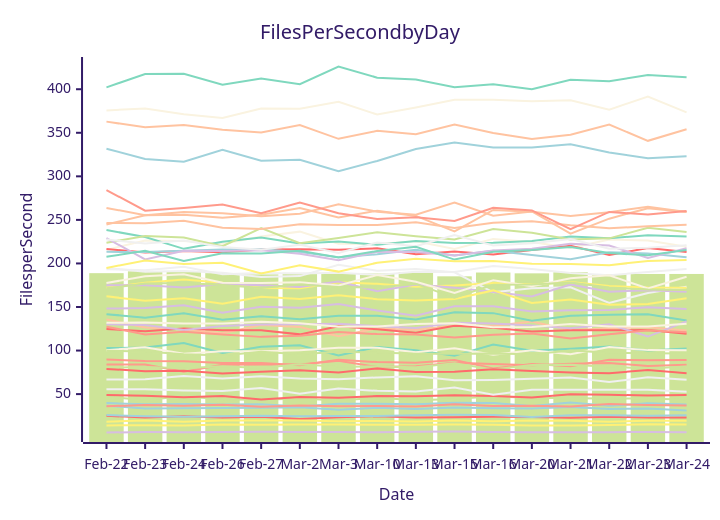
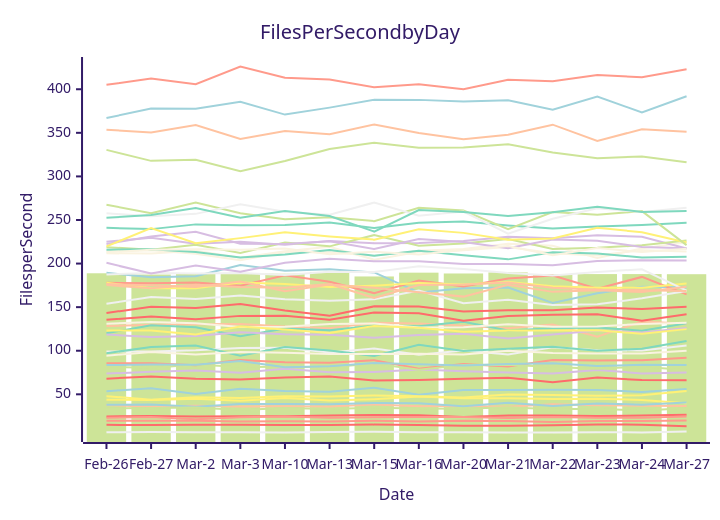
The diagram in perf-report.md (streetsidesoftware/cspell), drawn with Mermaid (forest theme) before and after one commit. The commit also changed other lines of this file and 2 other files, not shown here.

````diff
--- a/perf-report.md
+++ b/perf-report.md
@@ -11,57 +11,57 @@
 ```mermaid
 xychart-beta
     title Files Per Second by Day
     y-axis Files per Second
-    x-axis Date [Feb-22, Feb-23, Feb-24, Feb-26, Feb-27, Mar-2, Mar-3, Mar-10, Mar-13, Mar-15, Mar-16, Mar-20, Mar-21, Mar-22, Mar-23, Mar-24]
-    bar [188.84, 190.95, 190.14, 188.86, 187.47, 189.15, 187.99, 188.38, 189.98, 185.21, 189.57, 188.63, 189.87, 187.45, 187.93, 187.93]
-    line [25.16, 23.04, 24.66, 23.19, 24.07, 21.50, 23.56, 24.56, 23.16, 23.57, 24.07, 23.83, 22.72, 24.07, 23.01, 23.19]
-    line [39.75, 38.29, 38.55, 38.02, 38.35, 35.65, 38.90, 38.99, 38.46, 40.13, 39.77, 36.42, 40.38, 36.50, 39.38, 38.08]
-    line [5.92, 6.38, 6.30, 6.44, 6.78, 6.62, 6.55, 6.32, 6.79, 7.12, 6.59, 6.35, 6.19, 6.26, 6.60, 6.25]
-    line [66.82, 66.94, 70.88, 67.89, 70.56, 67.78, 66.98, 69.18, 70.51, 65.83, 66.30, 67.73, 68.98, 63.91, 69.35, 66.34]
-    line [135.57, 126.55, 124.20, 119.96, 129.35, 126.96, 116.50, 125.61, 123.50, 128.64, 128.22, 133.34, 123.28, 125.66, 126.65, 122.93]
-    line [102.79, 103.56, 108.60, 97.11, 104.32, 106.04, 94.30, 104.19, 100.36, 94.07, 106.95, 99.82, 102.15, 104.63, 100.11, 102.26]
-    line [84.08, 83.91, 75.76, 83.59, 84.08, 83.89, 88.30, 81.02, 82.11, 85.90, 84.63, 82.99, 84.87, 85.57, 82.40, 83.84]
-    line [215.58, 226.36, 225.70, 222.46, 230.96, 236.51, 222.64, 222.38, 225.56, 216.60, 228.18, 224.68, 217.69, 227.52, 226.28, 219.14]
-    line [18.38, 19.68, 18.34, 19.60, 19.60, 19.63, 18.78, 19.22, 18.67, 19.78, 18.71, 19.79, 19.47, 18.35, 19.30, 19.37]
-    line [46.89, 43.13, 47.48, 43.86, 43.58, 44.95, 42.68, 45.79, 43.00, 44.30, 47.55, 45.42, 45.55, 44.76, 44.94, 43.55]
-    line [124.67, 122.06, 125.40, 123.31, 123.27, 118.58, 127.90, 124.38, 120.45, 128.40, 126.26, 121.85, 123.29, 123.31, 123.57, 119.37]
-    line [331.76, 320.00, 316.72, 330.45, 317.84, 319.02, 305.87, 317.67, 331.44, 338.69, 332.97, 333.24, 336.87, 327.34, 320.84, 322.94]
-    line [148.15, 148.90, 152.11, 143.30, 150.41, 149.07, 153.47, 146.06, 140.05, 150.95, 150.81, 144.94, 146.39, 146.52, 149.65, 147.78]
-    line [194.82, 190.50, 191.36, 189.34, 184.31, 185.47, 198.42, 191.68, 193.62, 189.84, 166.89, 171.60, 172.56, 154.71, 166.00, 173.35]
-    line [244.70, 255.35, 256.03, 252.54, 255.82, 263.63, 252.65, 260.43, 254.55, 236.73, 261.47, 259.22, 254.59, 258.80, 265.17, 259.19]
-    line [141.79, 137.76, 142.75, 135.42, 139.26, 136.06, 139.99, 140.01, 135.63, 143.93, 142.95, 134.36, 139.82, 141.15, 141.79, 134.53]
-    line [89.64, 87.93, 87.72, 85.68, 85.69, 83.26, 89.40, 86.73, 86.09, 89.20, 79.46, 84.64, 82.02, 89.37, 88.80, 89.20]
-    line [375.70, 377.89, 371.33, 366.95, 377.92, 377.66, 385.69, 370.91, 378.91, 387.90, 387.80, 386.06, 387.41, 376.59, 391.51, 373.44]
-    line [14.08, 14.28, 13.96, 14.98, 14.69, 15.09, 15.05, 14.93, 14.92, 15.23, 14.84, 14.06, 13.99, 14.45, 15.39, 15.15]
-    line [80.37, 81.15, 79.72, 81.93, 80.10, 84.29, 81.35, 81.66, 80.93, 85.41, 78.19, 83.51, 83.81, 81.43, 79.47, 81.70]
-    line [49.05, 48.06, 46.41, 47.91, 43.77, 46.60, 45.68, 47.70, 47.47, 48.64, 47.90, 46.22, 49.72, 49.15, 48.47, 48.92]
-    line [36.75, 33.50, 33.75, 33.98, 34.43, 34.99, 32.10, 34.36, 33.03, 34.53, 33.80, 33.49, 35.23, 32.80, 33.41, 31.17]
-    line [130.26, 129.44, 123.58, 128.31, 129.87, 130.27, 130.71, 127.81, 125.76, 132.01, 131.14, 128.67, 125.67, 130.11, 116.06, 133.46]
-    line [55.45, 55.44, 54.09, 53.55, 56.91, 50.34, 56.33, 53.77, 52.96, 57.64, 49.40, 55.01, 55.07, 55.14, 54.97, 52.69]
-    line [263.71, 255.40, 259.16, 257.65, 254.22, 257.02, 267.92, 259.39, 256.02, 269.97, 254.79, 259.65, 234.19, 251.38, 263.45, 259.03]
-    line [238.32, 230.44, 216.76, 225.02, 229.69, 222.82, 225.14, 221.56, 225.82, 223.33, 223.62, 225.78, 230.86, 229.00, 232.44, 230.81]
-    line [127.43, 118.55, 121.57, 118.53, 115.70, 116.93, 121.24, 118.95, 118.40, 114.99, 118.14, 119.47, 113.95, 118.70, 123.16, 121.00]
-    line [100.38, 103.85, 96.33, 99.09, 99.19, 100.48, 103.18, 103.33, 98.05, 102.55, 95.32, 100.34, 95.68, 103.94, 100.49, 100.37]
-    line [171.99, 177.77, 181.65, 177.93, 171.71, 171.61, 178.31, 176.56, 173.19, 174.63, 177.66, 175.92, 178.79, 174.01, 172.30, 172.16]
-    line [223.87, 231.37, 229.84, 219.75, 240.64, 223.28, 229.19, 235.85, 231.18, 227.46, 239.47, 235.22, 227.41, 228.79, 241.01, 235.98]
-    line [216.61, 212.54, 214.33, 212.86, 215.99, 216.40, 215.81, 217.40, 210.64, 213.63, 210.38, 215.44, 220.20, 209.66, 217.73, 213.19]
-    line [213.31, 213.15, 214.61, 215.98, 216.39, 213.20, 207.00, 210.46, 215.67, 209.05, 214.60, 209.59, 204.82, 212.94, 211.50, 207.03]
-    line [175.03, 175.02, 172.48, 176.50, 175.06, 173.05, 179.29, 168.17, 175.84, 172.23, 167.20, 162.09, 175.73, 167.53, 169.26, 167.37]
-    line [193.32, 192.22, 196.28, 187.50, 189.10, 188.54, 189.19, 186.81, 190.52, 190.26, 197.02, 193.75, 189.15, 186.42, 190.28, 193.49]
-    line [246.48, 246.10, 248.98, 240.98, 239.52, 244.96, 243.99, 244.22, 247.23, 240.74, 246.80, 248.37, 243.77, 240.29, 242.61, 244.28]
-    line [402.15, 417.55, 417.69, 405.05, 412.32, 405.86, 426.09, 413.29, 411.20, 402.18, 405.65, 399.88, 410.92, 409.10, 416.42, 413.72]
-    line [36.10, 37.37, 36.52, 37.66, 35.60, 37.02, 36.08, 36.38, 35.91, 38.37, 36.25, 36.61, 35.87, 38.67, 37.37, 36.99]
-    line [177.56, 185.31, 187.50, 177.93, 177.54, 178.41, 174.58, 186.65, 179.06, 166.05, 180.55, 173.75, 182.92, 186.30, 171.18, 184.68]
-    line [162.30, 157.06, 159.96, 153.79, 161.66, 159.28, 163.36, 159.01, 157.48, 159.10, 169.05, 154.54, 158.47, 152.54, 153.40, 160.13]
-    line [99.76, 98.90, 95.69, 94.30, 98.50, 95.82, 98.55, 97.82, 96.22, 96.21, 96.60, 95.61, 100.00, 97.34, 96.90, 96.73]
-    line [78.95, 76.37, 76.80, 73.75, 75.77, 77.40, 74.68, 79.36, 75.39, 75.58, 78.40, 76.58, 74.92, 73.83, 77.77, 74.02]
-    line [25.87, 24.49, 24.03, 24.62, 25.06, 24.45, 24.76, 24.74, 25.60, 26.18, 25.98, 23.83, 25.61, 25.64, 25.22, 25.67]
-    line [229.20, 204.56, 214.62, 214.22, 215.21, 211.23, 203.79, 213.30, 213.00, 209.05, 214.75, 216.78, 222.67, 220.47, 206.28, 217.42]
-    line [227.37, 223.02, 226.36, 218.81, 215.75, 221.50, 212.02, 224.11, 219.75, 232.68, 220.52, 223.12, 228.15, 216.79, 218.07, 220.91]
-    line [362.80, 356.26, 358.85, 353.61, 350.32, 358.90, 343.06, 352.21, 348.39, 359.59, 349.81, 342.75, 347.71, 359.34, 340.76, 354.09]
-    line [207.58, 214.51, 202.85, 211.79, 211.44, 214.66, 206.78, 214.22, 219.20, 204.44, 213.42, 215.32, 218.95, 211.96, 209.30, 215.41]
-    line [284.25, 260.54, 263.62, 267.57, 257.62, 270.01, 257.62, 250.97, 253.10, 248.68, 263.99, 260.91, 239.46, 259.16, 256.10, 260.18]
-    line [131.83, 132.27, 131.01, 131.00, 133.00, 131.45, 127.22, 127.60, 130.54, 131.20, 126.76, 126.98, 130.36, 127.52, 127.75, 130.81]
-    line [194.87, 203.28, 199.45, 200.84, 188.59, 197.81, 190.62, 200.86, 205.50, 202.63, 202.69, 199.56, 199.40, 197.96, 202.91, 203.92]
-    line [171.39, 176.96, 177.51, 175.27, 171.69, 175.82, 173.02, 172.27, 176.52, 160.55, 175.49, 175.91, 178.24, 172.29, 170.07, 169.37]
+    x-axis Date [Feb-26, Feb-27, Mar-2, Mar-3, Mar-10, Mar-13, Mar-15, Mar-16, Mar-20, Mar-21, Mar-22, Mar-23, Mar-24, Mar-27]
+    bar [188.86, 187.47, 189.15, 187.99, 188.38, 189.98, 185.21, 189.57, 188.63, 189.87, 187.45, 187.93, 187.93, 187.79]
+    line [14.98, 14.69, 15.09, 15.05, 14.93, 14.92, 15.23, 14.84, 14.06, 13.99, 14.45, 15.39, 15.15, 13.22]
+    line [366.95, 377.92, 377.66, 385.69, 370.91, 378.91, 387.90, 387.80, 386.06, 387.41, 376.59, 391.51, 373.44, 391.90]
+    line [73.75, 75.77, 77.40, 74.68, 79.36, 75.39, 75.58, 78.40, 76.58, 74.92, 73.83, 77.77, 74.02, 75.15]
+    line [99.09, 99.19, 100.48, 103.18, 103.33, 98.05, 102.55, 95.32, 100.34, 95.68, 103.94, 100.49, 100.37, 106.00]
+    line [128.31, 129.87, 130.27, 130.71, 127.81, 125.76, 132.01, 131.14, 128.67, 125.67, 130.11, 116.06, 133.46, 131.09]
+    line [119.96, 129.35, 126.96, 116.50, 125.61, 123.50, 128.64, 128.22, 133.34, 123.28, 125.66, 126.65, 122.93, 131.44]
+    line [85.68, 85.69, 83.26, 89.40, 86.73, 86.09, 89.20, 79.46, 84.64, 82.02, 89.37, 88.80, 89.20, 91.93]
+    line [214.22, 215.21, 211.23, 203.79, 213.30, 213.00, 209.05, 214.75, 216.78, 222.67, 220.47, 206.28, 217.42, 224.41]
+    line [43.86, 43.58, 44.95, 42.68, 45.79, 43.00, 44.30, 47.55, 45.42, 45.55, 44.76, 44.94, 43.55, 39.81]
+    line [81.93, 80.10, 84.29, 81.35, 81.66, 80.93, 85.41, 78.19, 83.51, 83.81, 81.43, 79.47, 81.70, 77.78]
+    line [24.62, 25.06, 24.45, 24.76, 24.74, 25.60, 26.18, 25.98, 23.83, 25.61, 25.64, 25.22, 25.67, 26.61]
+    line [189.34, 184.31, 185.47, 198.42, 191.68, 193.62, 189.84, 166.89, 171.60, 172.56, 154.71, 166.00, 173.35, 172.53]
+    line [225.02, 229.69, 222.82, 225.14, 221.56, 225.82, 223.33, 223.62, 225.78, 230.86, 229.00, 232.44, 230.81, 217.27]
+    line [6.44, 6.78, 6.62, 6.55, 6.32, 6.79, 7.12, 6.59, 6.35, 6.19, 6.26, 6.60, 6.25, 7.37]
+    line [37.66, 35.60, 37.02, 36.08, 36.38, 35.91, 38.37, 36.25, 36.61, 35.87, 38.67, 37.37, 36.99, 36.59]
+    line [97.11, 104.32, 106.04, 94.30, 104.19, 100.36, 94.07, 106.95, 99.82, 102.15, 104.63, 100.11, 102.26, 111.27]
+    line [177.93, 177.54, 178.41, 174.58, 186.65, 179.06, 166.05, 180.55, 173.75, 182.92, 186.30, 171.18, 184.68, 164.60]
+    line [211.79, 211.44, 214.66, 206.78, 214.22, 219.20, 204.44, 213.42, 215.32, 218.95, 211.96, 209.30, 215.41, 213.71]
+    line [177.93, 171.71, 171.61, 178.31, 176.56, 173.19, 174.63, 177.66, 175.92, 178.79, 174.01, 172.30, 172.16, 177.13]
+    line [218.81, 215.75, 221.50, 212.02, 224.11, 219.75, 232.68, 220.52, 223.12, 228.15, 216.79, 218.07, 220.91, 226.36]
+    line [143.30, 150.41, 149.07, 153.47, 146.06, 140.05, 150.95, 150.81, 144.94, 146.39, 146.52, 149.65, 147.78, 150.48]
+    line [83.59, 84.08, 83.89, 88.30, 81.02, 82.11, 85.90, 84.63, 82.99, 84.87, 85.57, 82.40, 83.84, 83.53]
+    line [222.46, 230.96, 236.51, 222.64, 222.38, 225.56, 216.60, 228.18, 224.68, 217.69, 227.52, 226.28, 219.14, 217.55]
+    line [187.50, 189.10, 188.54, 189.19, 186.81, 190.52, 190.26, 197.02, 193.75, 189.15, 186.42, 190.28, 193.49, 169.01]
+    line [353.61, 350.32, 358.90, 343.06, 352.21, 348.39, 359.59, 349.81, 342.75, 347.71, 359.34, 340.76, 354.09, 351.13]
+    line [240.98, 239.52, 244.96, 243.99, 244.22, 247.23, 240.74, 246.80, 248.37, 243.77, 240.29, 242.61, 244.28, 246.87]
+    line [23.19, 24.07, 21.50, 23.56, 24.56, 23.16, 23.57, 24.07, 23.83, 22.72, 24.07, 23.01, 23.19, 24.46]
+    line [94.30, 98.50, 95.82, 98.55, 97.82, 96.22, 96.21, 96.60, 95.61, 100.00, 97.34, 96.90, 96.73, 100.04]
+    line [219.75, 240.64, 223.28, 229.19, 235.85, 231.18, 227.46, 239.47, 235.22, 227.41, 228.79, 241.01, 235.98, 224.21]
+    line [330.45, 317.84, 319.02, 305.87, 317.67, 331.44, 338.69, 332.97, 333.24, 336.87, 327.34, 320.84, 322.94, 316.33]
+    line [135.42, 139.26, 136.06, 139.99, 140.01, 135.63, 143.93, 142.95, 134.36, 139.82, 141.15, 141.79, 134.53, 141.80]
+    line [38.02, 38.35, 35.65, 38.90, 38.99, 38.46, 40.13, 39.77, 36.42, 40.38, 36.50, 39.38, 38.08, 40.51]
+    line [118.53, 115.70, 116.93, 121.24, 118.95, 118.40, 114.99, 118.14, 119.47, 113.95, 118.70, 123.16, 121.00, 126.17]
+    line [153.79, 161.66, 159.28, 163.36, 159.01, 157.48, 159.10, 169.05, 154.54, 158.47, 152.54, 153.40, 160.13, 168.54]
+    line [176.50, 175.06, 173.05, 179.29, 168.17, 175.84, 172.23, 167.20, 162.09, 175.73, 167.53, 169.26, 167.37, 173.40]
+    line [215.98, 216.39, 213.20, 207.00, 210.46, 215.67, 209.05, 214.60, 209.59, 204.82, 212.94, 211.50, 207.03, 207.82]
+    line [405.05, 412.32, 405.86, 426.09, 413.29, 411.20, 402.18, 405.65, 399.88, 410.92, 409.10, 416.42, 413.72, 422.90]
+    line [131.00, 133.00, 131.45, 127.22, 127.60, 130.54, 131.20, 126.76, 126.98, 130.36, 127.52, 127.75, 130.81, 132.15]
+    line [123.31, 123.27, 118.58, 127.90, 124.38, 120.45, 128.40, 126.26, 121.85, 123.29, 123.31, 123.57, 119.37, 124.79]
+    line [267.57, 257.62, 270.01, 257.62, 250.97, 253.10, 248.68, 263.99, 260.91, 239.46, 259.16, 256.10, 260.18, 221.18]
+    line [67.89, 70.56, 67.78, 66.98, 69.18, 70.51, 65.83, 66.30, 67.73, 68.98, 63.91, 69.35, 66.34, 66.00]
+    line [53.55, 56.91, 50.34, 56.33, 53.77, 52.96, 57.64, 49.40, 55.01, 55.07, 55.14, 54.97, 52.69, 56.05]
+    line [200.84, 188.59, 197.81, 190.62, 200.86, 205.50, 202.63, 202.69, 199.56, 199.40, 197.96, 202.91, 203.92, 203.55]
+    line [257.65, 254.22, 257.02, 267.92, 259.39, 256.02, 269.97, 254.79, 259.65, 234.19, 251.38, 263.45, 259.03, 263.98]
+    line [175.27, 171.69, 175.82, 173.02, 172.27, 176.52, 160.55, 175.49, 175.91, 178.24, 172.29, 170.07, 169.37, 168.54]
+    line [252.54, 255.82, 263.63, 252.65, 260.43, 254.55, 236.73, 261.47, 259.22, 254.59, 258.80, 265.17, 259.19, 260.36]
+    line [19.60, 19.60, 19.63, 18.78, 19.22, 18.67, 19.78, 18.71, 19.79, 19.47, 18.35, 19.30, 19.37, 19.84]
+    line [212.86, 215.99, 216.40, 215.81, 217.40, 210.64, 213.63, 210.38, 215.44, 220.20, 209.66, 217.73, 213.19, 217.02]
+    line [47.91, 43.77, 46.60, 45.68, 47.70, 47.47, 48.64, 47.90, 46.22, 49.72, 49.15, 48.47, 48.92, 53.78]
+    line [33.98, 34.43, 34.99, 32.10, 34.36, 33.03, 34.53, 33.80, 33.49, 35.23, 32.80, 33.41, 31.17, 34.38]
 ```
````
